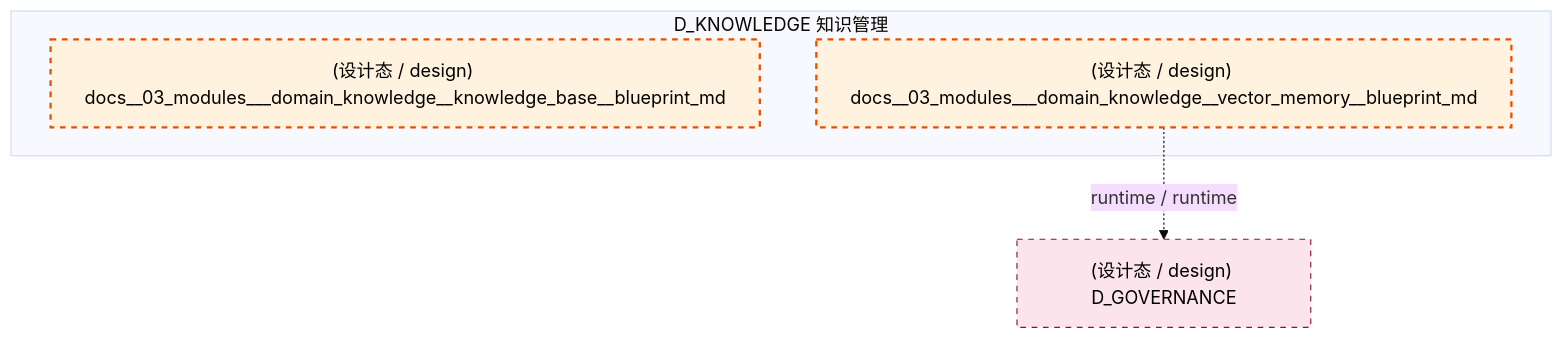
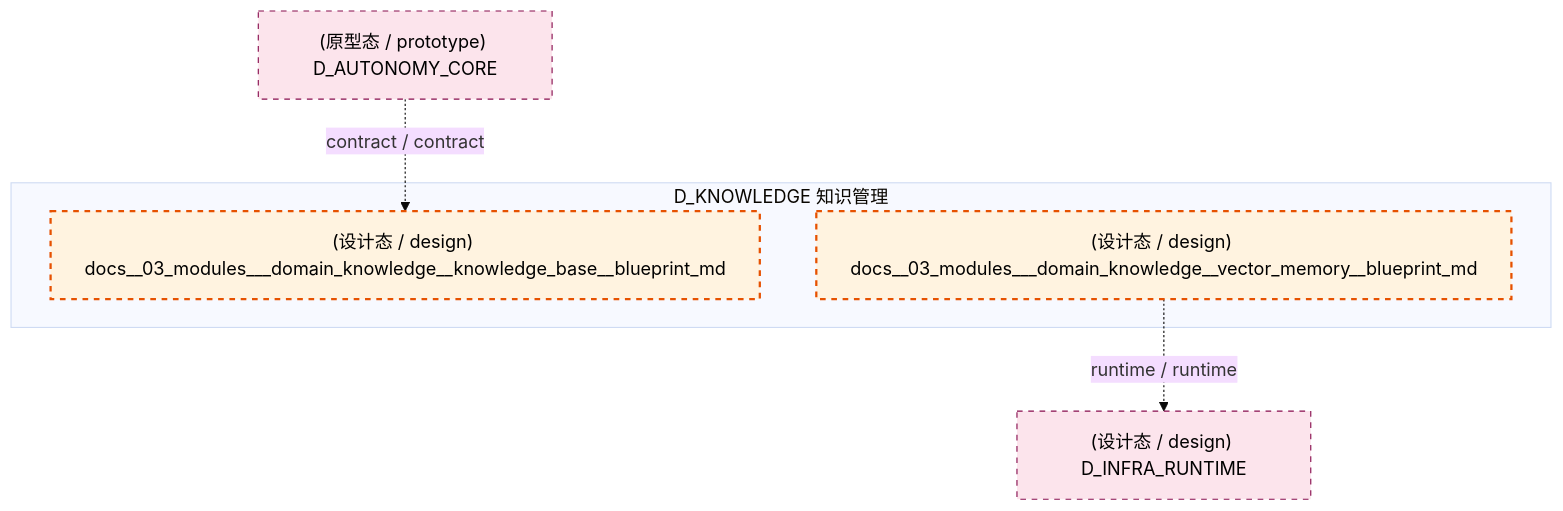
Before and after one commit to xuanFelixVan/ZephyrAlpha: the second of 4 diagrams in docs/02_enterprise_architecture/02_domain_architecture_docs/40_d_knowledge.md, drawn with Mermaid (base theme). The commit also changed other lines of this file and 100 other files, not shown here.

````diff
--- a/docs/02_enterprise_architecture/02_domain_architecture_docs/40_d_knowledge.md
+++ b/docs/02_enterprise_architecture/02_domain_architecture_docs/40_d_knowledge.md
@@ -110,15 +112,17 @@
 ```mermaid
 graph TD
     subgraph D_KNOWLEDGE["D_KNOWLEDGE 知识管理"]
         docs_03_modules_domain_knowledge_knowledge_base_blueprint_md["(设计态 / design) docs__03_modules___domain_knowledge__knowledge_base__blueprint_md"]
         docs_03_modules_domain_knowledge_vector_memory_blueprint_md["(设计态 / design) docs__03_modules___domain_knowledge__vector_memory__blueprint_md"]
     end
-    D_GOVERNANCE["(设计态 / design) D_GOVERNANCE"]
-    docs_03_modules_domain_knowledge_vector_memory_blueprint_md -.->|runtime / runtime| D_GOVERNANCE
+    D_INFRA_RUNTIME["(设计态 / design) D_INFRA_RUNTIME"]
+    docs_03_modules_domain_knowledge_vector_memory_blueprint_md -.->|runtime / runtime| D_INFRA_RUNTIME
+    D_AUTONOMY_CORE["(原型态 / prototype) D_AUTONOMY_CORE"]
+    D_AUTONOMY_CORE -.->|contract / contract| docs_03_modules_domain_knowledge_knowledge_base_blueprint_md
     classDef production fill:#e1f5fe,stroke:#01579b,stroke-width:2px,color:#000
     classDef design fill:#fff3e0,stroke:#e65100,stroke-width:2px,color:#000,stroke-dasharray: 5 5
     classDef external_prod fill:#e8f5e9,stroke:#1b5e20,stroke-width:1px,color:#000
     classDef external_design fill:#fce4ec,stroke:#880e4f,stroke-width:1px,color:#000,stroke-dasharray: 5 5
     class docs_03_modules_domain_knowledge_knowledge_base_blueprint_md,docs_03_modules_domain_knowledge_vector_memory_blueprint_md design
-    class D_GOVERNANCE external_design
+    class D_INFRA_RUNTIME,D_AUTONOMY_CORE external_design
 ```
````
